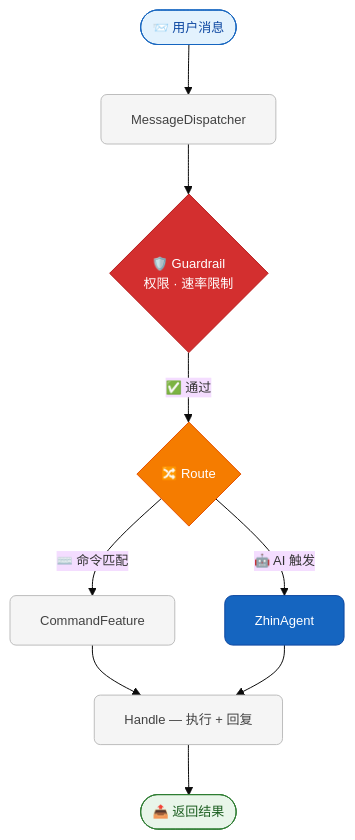
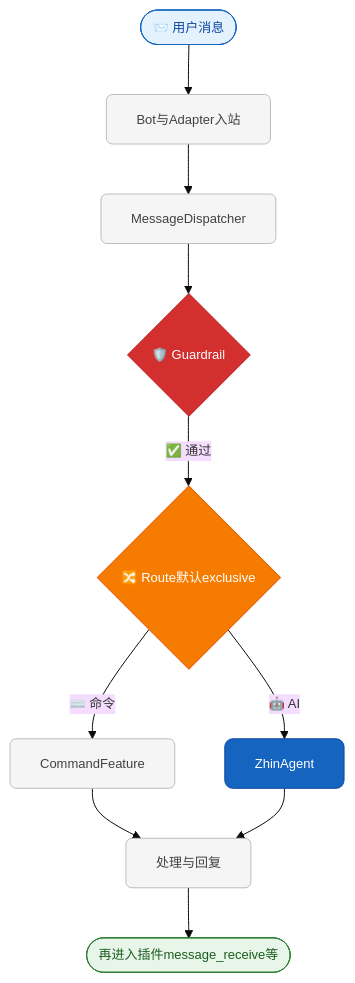
Before and after one commit to zhinjs/zhin: the diagram in docs/essentials/index.md, drawn with Mermaid. The commit also changed other lines of this file and 22 other files, not shown here.

````diff
--- a/docs/essentials/index.md
+++ b/docs/essentials/index.md
@@ -276,26 +243,27 @@
 ```mermaid
 %%{init: {'theme': 'base', 'themeVariables': { 'fontSize': '13px' }}}%%
 flowchart TD
-  A([" 📨 用户消息 "]) --> B["MessageDispatcher"]
-  B --> C{" 🛡️ Guardrail\n权限 · 速率限制 "}
-  C -->|" ✅ 通过 "| D{" 🔀 Route "}
-  D -->|" ⌨️ 命令匹配 "| E["CommandFeature"]
-  D -->|" 🤖 AI 触发 "| F["ZhinAgent"]
-  E --> G["Handle — 执行 + 回复"]
-  F --> G
-  G --> H(["📤 返回结果"])
+  A([" 📨 用户消息 "]) --> B[" Bot与Adapter入站 "]
+  B --> C[" MessageDispatcher "]
+  C --> D{" 🛡️ Guardrail "}
+  D -->|" ✅ 通过 "| E{" 🔀 Route默认exclusive "}
+  E -->|" ⌨️ 命令 "| F[" CommandFeature "]
+  E -->|" 🤖 AI "| G[" ZhinAgent "]
+  F --> H[" 处理与回复 "]
+  G --> H
+  H --> I([" 再进入插件message_receive等 "])
 
   classDef input fill:#e3f2fd,stroke:#1565c0,color:#0d47a1,rx:20
   classDef output fill:#e8f5e9,stroke:#2e7d32,color:#1b5e20,rx:20
   classDef guard fill:#d32f2f,stroke:#b71c1c,color:#fff
   classDef route fill:#f57c00,stroke:#e65100,color:#fff
   classDef ai fill:#1565c0,stroke:#0d47a1,color:#fff,rx:8
   classDef normal fill:#f5f5f5,stroke:#bdbdbd,color:#424242,rx:6
 
   class A input
-  class H output
-  class C guard
-  class D route
-  class F ai
-  class B,E,G normal
+  class I output
+  class D guard
+  class E route
+  class G ai
+  class B,C,F,H normal
 ```
````
